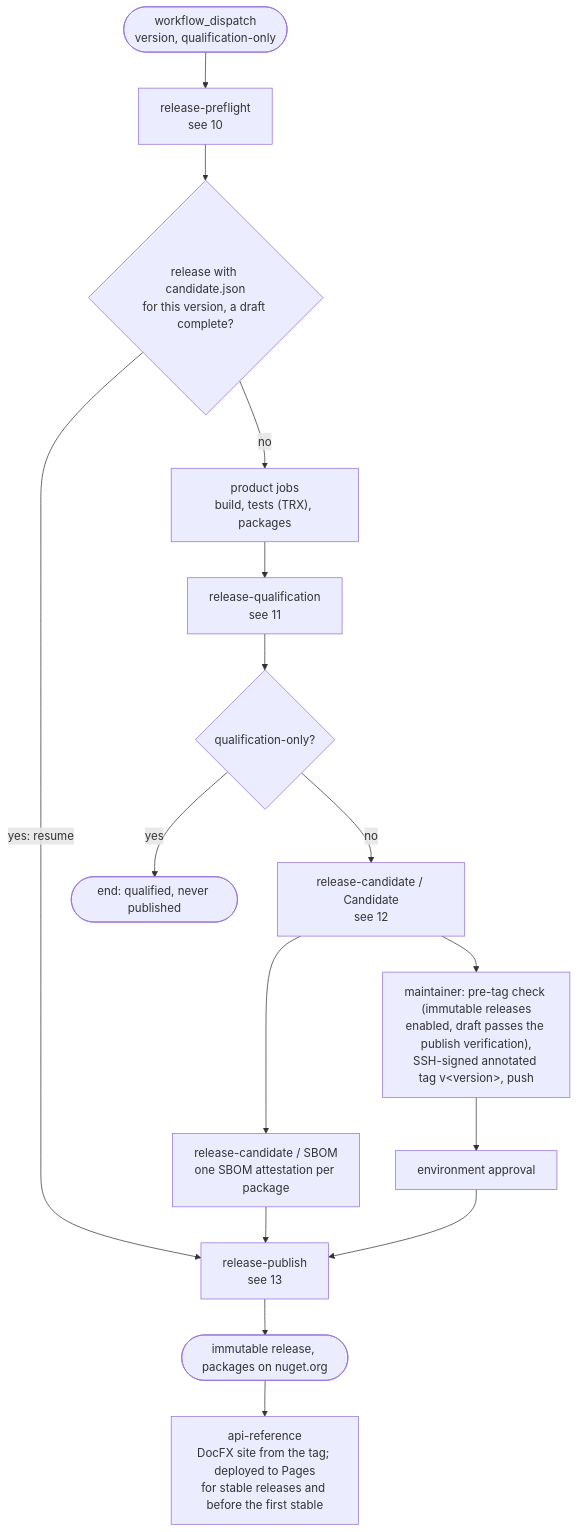
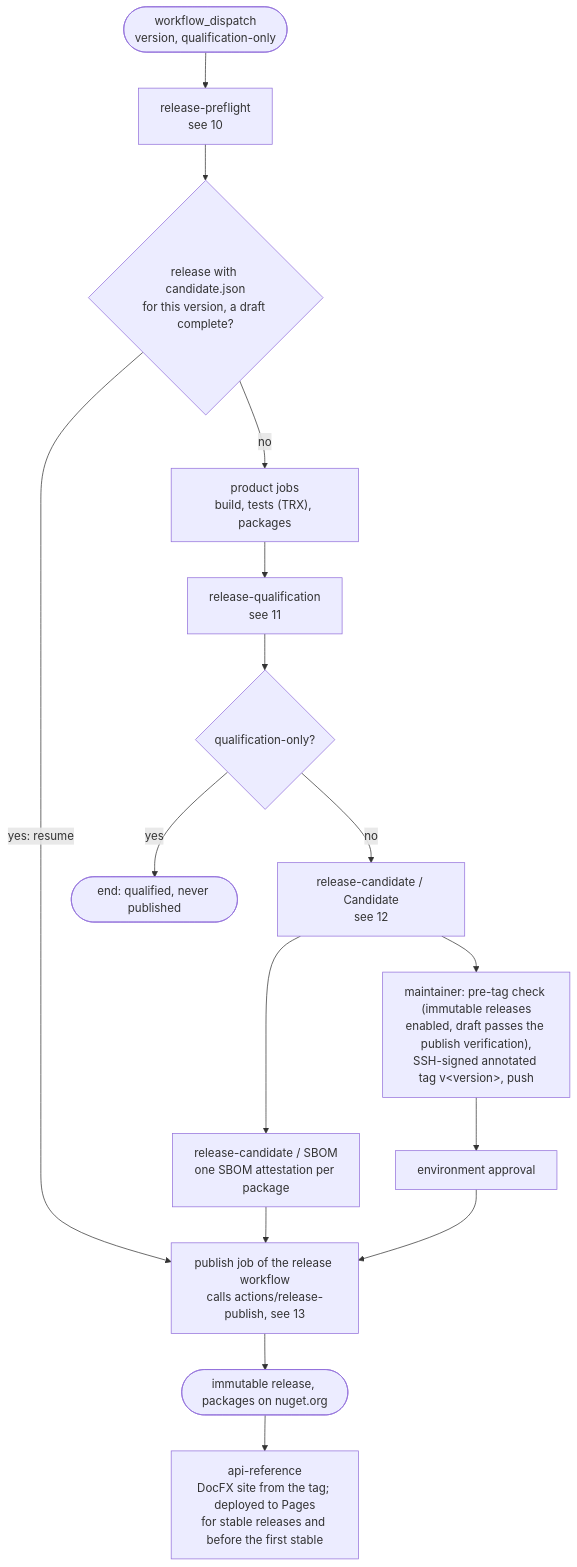
One commit to doka-labs/workflows changed the ninth of 19 diagrams in docs/overview.md. Above: the diagram before and after it, drawn with Mermaid. The commit also changed other lines of this file and 9 other files, not shown here.

First line of the commit message:
fix(release): publish through an action the product job calls (#12)

````diff
--- a/docs/overview.md
+++ b/docs/overview.md
@@ -267,18 +270,18 @@
 ```mermaid
 flowchart TB
   start(["workflow_dispatch<br/>version, qualification-only"]) --> pre["release-preflight<br/>see 10"]
   pre --> resume{"release with candidate.json<br/>for this version, a draft complete?"}
   resume -- "yes: resume" --> publish
   resume -- no --> build["product jobs<br/>build, tests (TRX), packages"]
   build --> qual["release-qualification<br/>see 11"]
   qual --> only{"qualification-only?"}
   only -- yes --> done1(["end: qualified, never published"])
   only -- no --> cand["release-candidate / Candidate<br/>see 12"]
   cand --> sbom["release-candidate / SBOM<br/>one SBOM attestation per package"]
   cand --> tag["maintainer: pre-tag check (immutable releases<br/>enabled, draft passes the publish verification),<br/>SSH-signed annotated tag v&lt;version&gt;, push"]
   tag --> approve["environment approval"]
   sbom --> publish
-  approve --> publish["release-publish<br/>see 13"]
+  approve --> publish["publish job of the release workflow<br/>calls actions/release-publish, see 13"]
   publish --> done2(["immutable release, packages on nuget.org"])
   done2 --> site["api-reference<br/>DocFX site from the tag; deployed to Pages<br/>for stable releases and before the first stable"]
 ```
````
